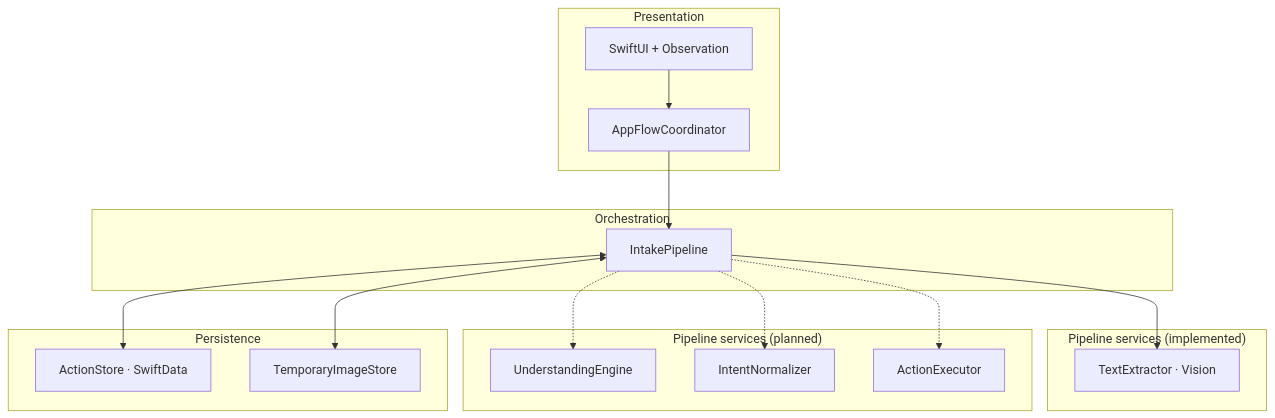
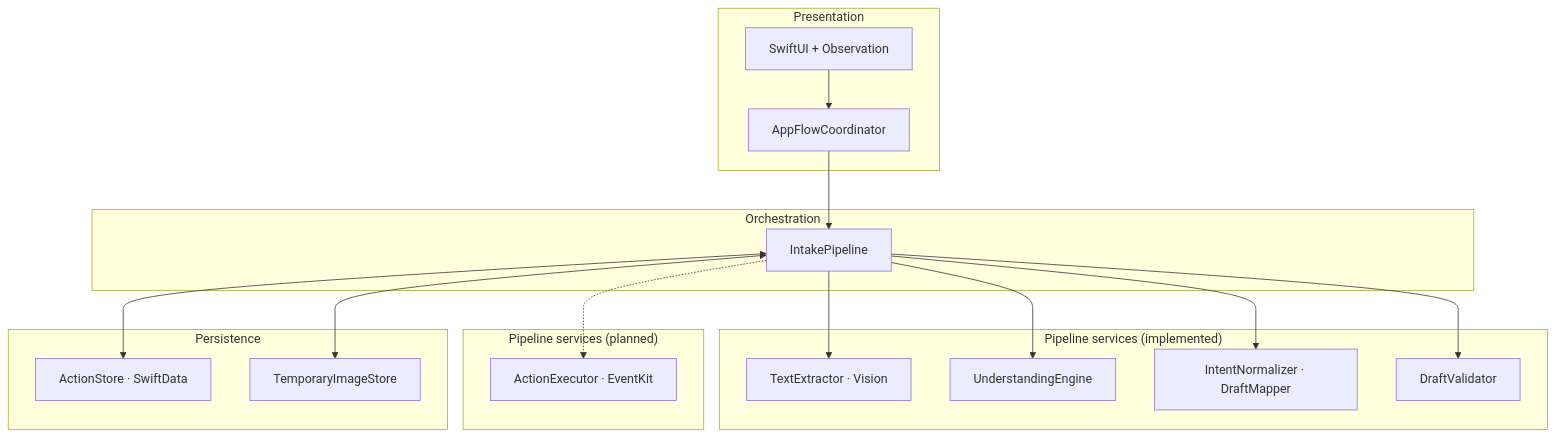
The second of 2 diagrams in README.md (sahanmaiti/Zuvano), drawn with Mermaid before and after one commit. The commit also changed other lines of this file, not shown here.

````diff
--- a/README.md
+++ b/README.md
@@ -137,35 +141,37 @@
 ```mermaid
 flowchart TB
     subgraph Presentation["Presentation"]
         UI[SwiftUI + Observation]
         COORD[AppFlowCoordinator]
     end
 
     subgraph Orchestration["Orchestration"]
         ORCH[IntakePipeline]
     end
 
     subgraph Pipeline["Pipeline services (implemented)"]
         OCR[TextExtractor · Vision]
+        UNDER[UnderstandingEngine]
+        NORM[IntentNormalizer · DraftMapper]
+        VAL[DraftValidator]
     end
 
     subgraph PipelinePlanned["Pipeline services (planned)"]
-        UNDER[UnderstandingEngine]
-        NORM[IntentNormalizer]
-        EXEC[ActionExecutor]
+        EXEC[ActionExecutor · EventKit]
     end
 
     subgraph Persistence["Persistence"]
         STORE[ActionStore · SwiftData]
         TEMP[TemporaryImageStore]
     end
 
     UI --> COORD
     COORD --> ORCH
     ORCH --> OCR
+    ORCH --> UNDER
+    ORCH --> NORM
+    ORCH --> VAL
     ORCH <--> STORE
     ORCH <--> TEMP
-    ORCH -.-> UNDER
-    ORCH -.-> NORM
     ORCH -.-> EXEC
 ```
````
